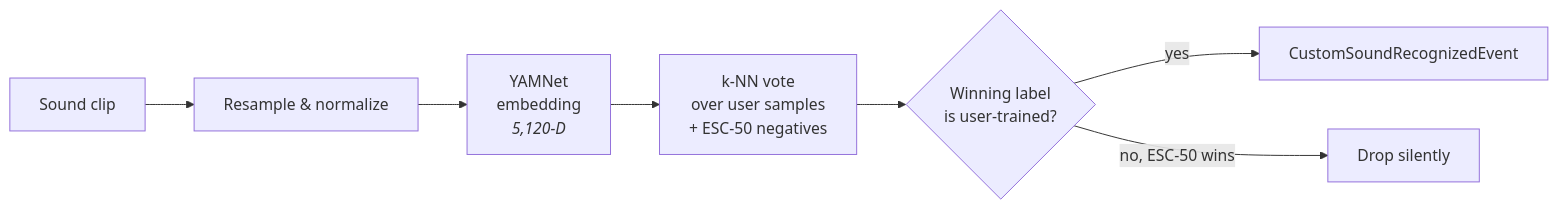
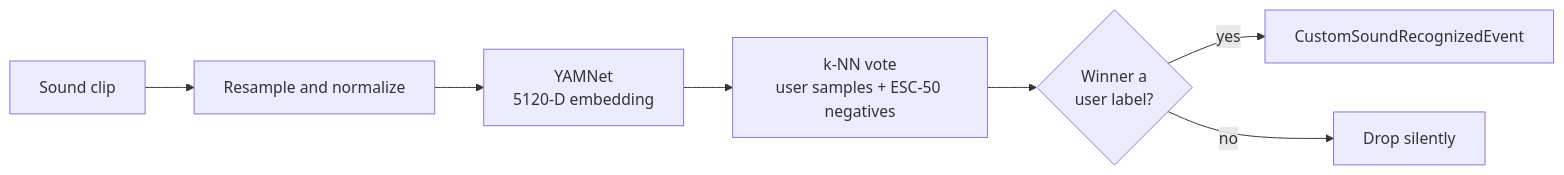
One commit to rick12000/vocalance changed the fourth of 4 diagrams in docs/developer/features/command_flow.rst. Above: the diagram before and after it, drawn with Mermaid. The commit also changed other lines of this file and 30 other files, not shown here.

```diff
--- a/docs/developer/features/command_flow.rst
+++ b/docs/developer/features/command_flow.rst
@@ -187,9 +180,9 @@
 .. mermaid::
 
    flowchart LR
-       Clip[Sound clip] --> Pre[Resample &amp; normalize]
-       Pre --> Emb[YAMNet<br/>embedding<br/><i>5,120-D</i>]
-       Emb --> KNN[k-NN vote<br/>over user samples<br/>+ ESC-50 negatives]
-       KNN --> Gate{Winning label<br/>is user-trained?}
+       Clip[Sound clip] --> Pre[Resample and normalize]
+       Pre --> Emb[YAMNet<br/>5120-D embedding]
+       Emb --> KNN[k-NN vote<br/>user samples + ESC-50 negatives]
+       KNN --> Gate{Winner a<br/>user label?}
        Gate -->|yes| Pub[CustomSoundRecognizedEvent]
-       Gate -->|no, ESC-50 wins| Drop[Drop silently]
+       Gate -->|no| Drop[Drop silently]
```
